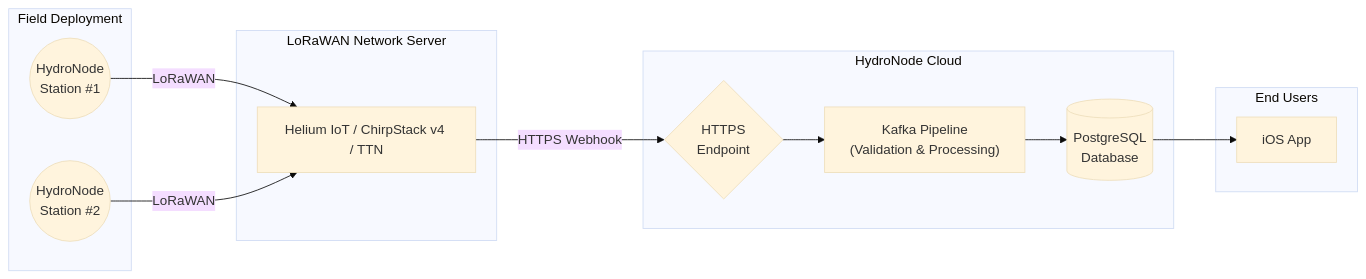
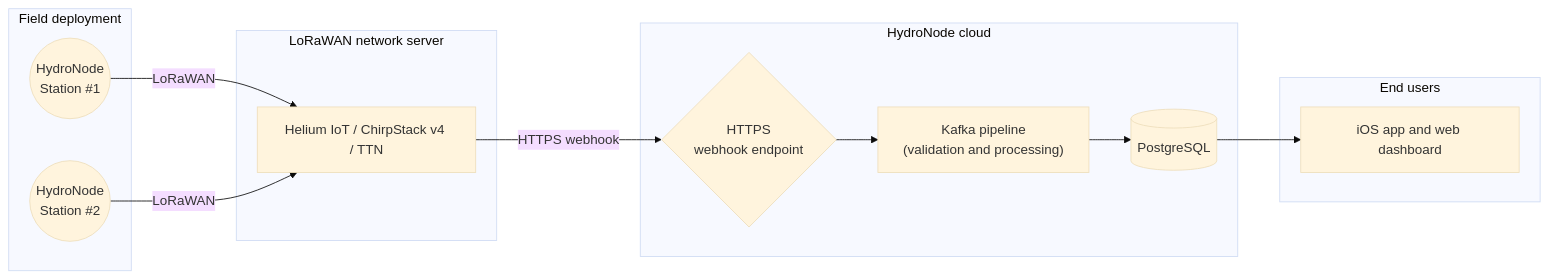
Before and after one commit to TexhFexLabs/HydroNodeStation: the diagram in README.md, drawn with Mermaid (base theme). The commit also changed other lines of this file and 12 other files, not shown here.

````diff
--- a/README.md
+++ b/README.md
@@ -111,28 +123,28 @@
 ```mermaid
 flowchart LR
-    subgraph Field ["Field Deployment"]
+    subgraph Field ["Field deployment"]
         Node1(("HydroNode\nStation #1"))
         Node2(("HydroNode\nStation #2"))
     end
 
-    subgraph Network ["LoRaWAN Network Server"]
+    subgraph Network ["LoRaWAN network server"]
         NS["Helium IoT / ChirpStack v4 / TTN"]
     end
 
-    subgraph Backend ["HydroNode Cloud"]
-        API{"HTTPS\nEndpoint"}
-        Kafka["Kafka Pipeline\n(Validation & Processing)"]
-        DB[("PostgreSQL\nDatabase")]
+    subgraph Backend ["HydroNode cloud"]
+        API{"HTTPS\nwebhook endpoint"}
+        Kafka["Kafka pipeline\n(validation and processing)"]
+        DB[("PostgreSQL")]
     end
 
-    subgraph Client ["End Users"]
-        App["iOS App"]
+    subgraph Client ["End users"]
+        App["iOS app and web dashboard"]
     end
 
     Node1 -- LoRaWAN --> NS
     Node2 -- LoRaWAN --> NS
-    NS -- HTTPS Webhook --> API
+    NS -- HTTPS webhook --> API
     API --> Kafka
     Kafka --> DB
     DB --> App
 ```
````
